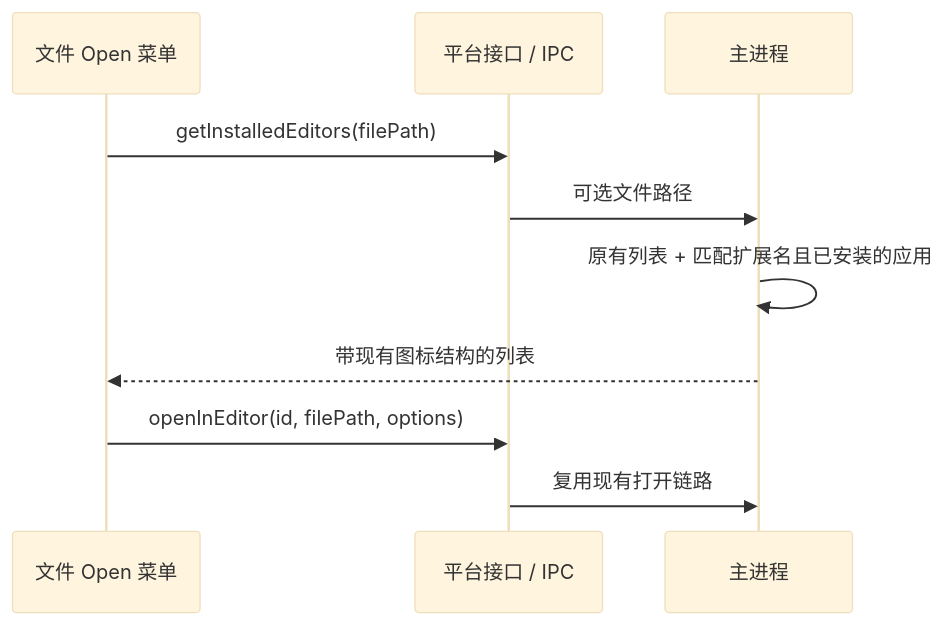
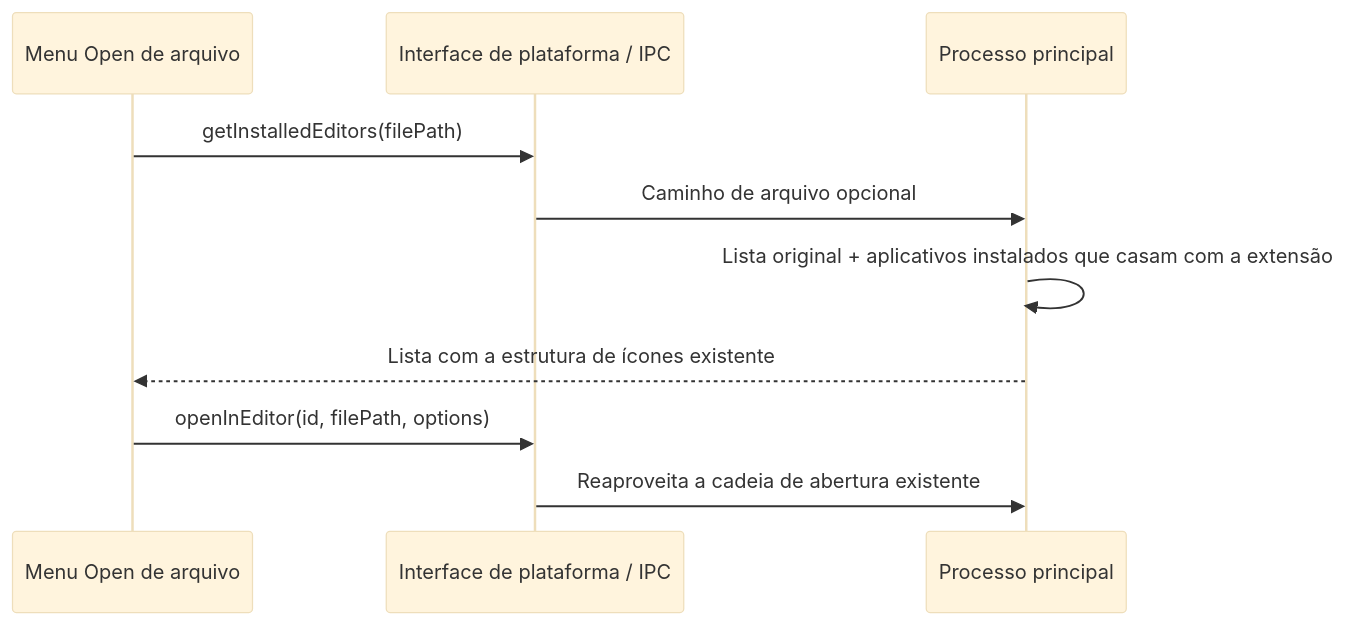
The diagram in docs/file-preview-open-apps.md (JoaoNetoDev/BR-Code), drawn with Mermaid (base theme) before and after one commit. The commit also changed other lines of this file and 177 other files, not shown here.

````diff
--- a/docs/file-preview-open-apps.md
+++ b/docs/file-preview-open-apps.md
@@ -20,12 +20,12 @@
 ```mermaid
 sequenceDiagram
-    participant UI as 文件 Open 菜单
-    participant P as 平台接口 / IPC
-    participant M as 主进程
+    participant UI as Menu Open de arquivo
+    participant P as Interface de plataforma / IPC
+    participant M as Processo principal
     UI->>P: getInstalledEditors(filePath)
-    P->>M: 可选文件路径
-    M->>M: 原有列表 + 匹配扩展名且已安装的应用
-    M-->>UI: 带现有图标结构的列表
+    P->>M: Caminho de arquivo opcional
+    M->>M: Lista original + aplicativos instalados que casam com a extensão
+    M-->>UI: Lista com a estrutura de ícones existente
     UI->>P: openInEditor(id, filePath, options)
-    P->>M: 复用现有打开链路
+    P->>M: Reaproveita a cadeia de abertura existente
 ```
````
